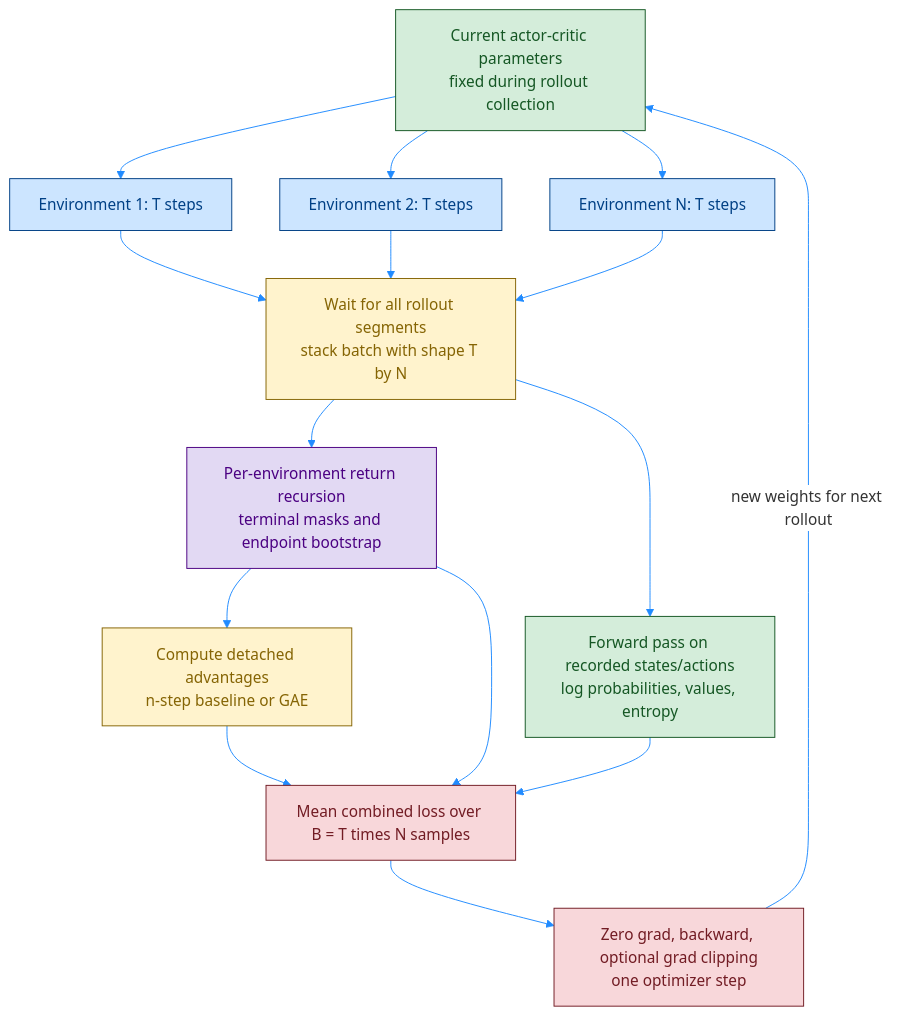
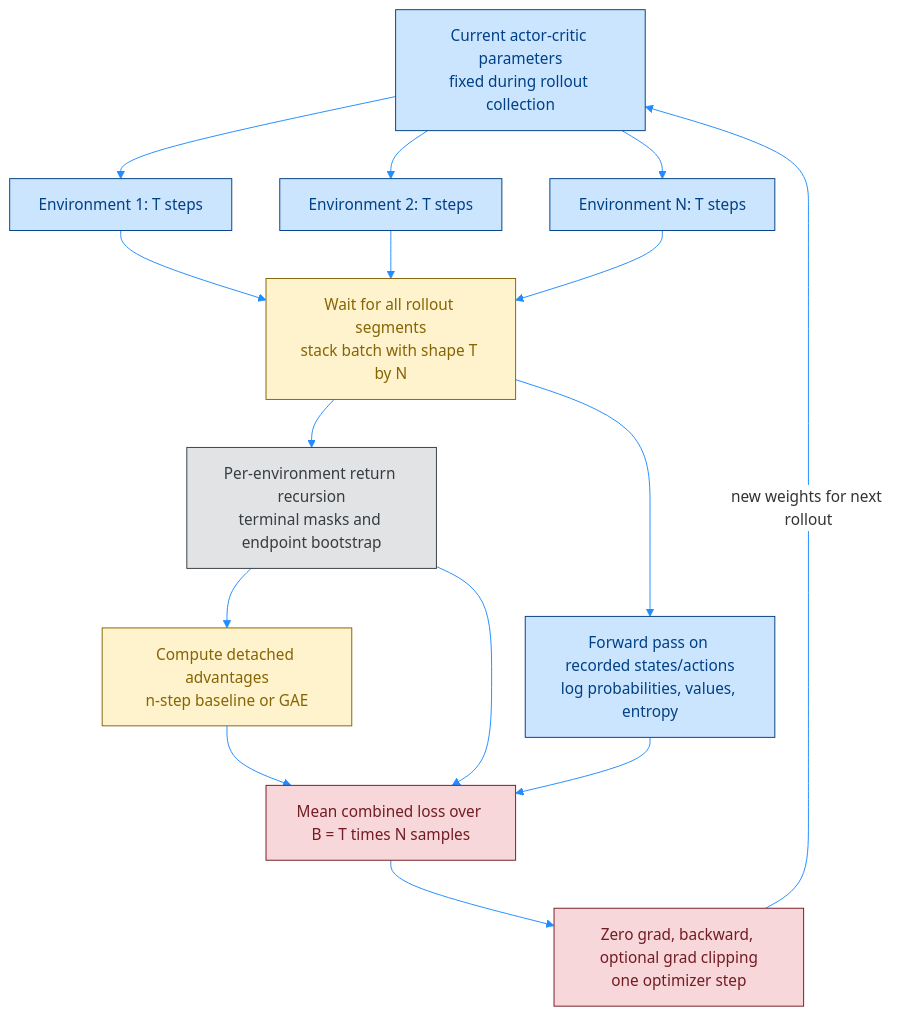
One commit to Open-Source-Robotics-For-Myanmar/rl changed the second of 3 diagrams in Day81 RL python/02_Miguel Morales - Grokking Deep Reinforcement Learning/02_rl_with_dl/rom_photos/10_1_PB_actor-critic_A2C.md. Above: the diagram before and after it, drawn with Mermaid. The commit also changed other lines of this file and 12 other files, not shown here.

````diff
--- a/Day81 RL python/02_Miguel Morales - Grokking Deep Reinforcement Learning/02_rl_with_dl/rom_photos/10_1_PB_actor-critic_A2C.md
+++ b/Day81 RL python/02_Miguel Morales - Grokking Deep Reinforcement Learning/02_rl_with_dl/rom_photos/10_1_PB_actor-critic_A2C.md
@@ -65,30 +87,29 @@
 ```mermaid
 %%{init: {'theme': 'base', 'themeVariables': { 'primaryColor': '#ffffff', 'lineColor': '#218bff'}}}%%
 flowchart TD
     P["Current actor-critic parameters<br/>fixed during rollout collection"]
     P --> E1["Environment 1: T steps"]
     P --> E2["Environment 2: T steps"]
     P --> EN["Environment N: T steps"]
     E1 --> B["Wait for all rollout segments<br/>stack batch with shape T by N"]
     E2 --> B
     EN --> B
     B --> R["Per-environment return recursion<br/>terminal masks and endpoint bootstrap"]
     R --> A["Compute detached advantages<br/>n-step baseline or GAE"]
     B --> F["Forward pass on recorded states/actions<br/>log probabilities, values, entropy"]
     A --> L["Mean combined loss over B = T times N samples"]
     R --> L
     F --> L
     L --> O["Zero grad, backward, optional grad clipping<br/>one optimizer step"]
     O -->|"new weights for next rollout"| P
 
     classDef data fill:#cce5ff,stroke:#004085,stroke-width:1px,color:#004085;
-    classDef network fill:#d4edda,stroke:#155724,stroke-width:1px,color:#155724;
     classDef batch fill:#fff3cd,stroke:#856404,stroke-width:1px,color:#856404;
-    classDef target fill:#e2d9f3,stroke:#4b0082,stroke-width:1px,color:#4b0082;
     classDef train fill:#f8d7da,stroke:#721c24,stroke-width:1px,color:#721c24;
-    class E1,E2,EN data;
-    class P,F network;
+    classDef result fill:#e2e3e5,stroke:#383d41,stroke-width:1px,color:#383d41;
+
+    class E1,E2,EN,P,F data;
     class B,A batch;
-    class R target;
     class L,O train;
+    class R result;
 ```
````
